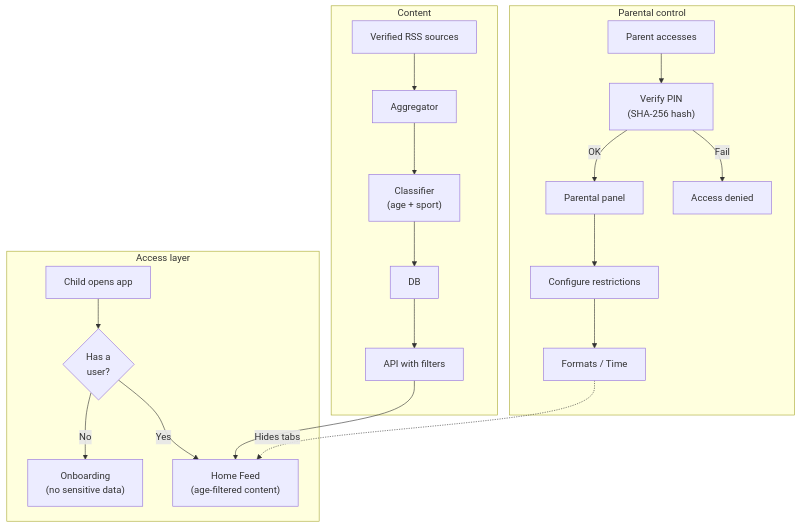
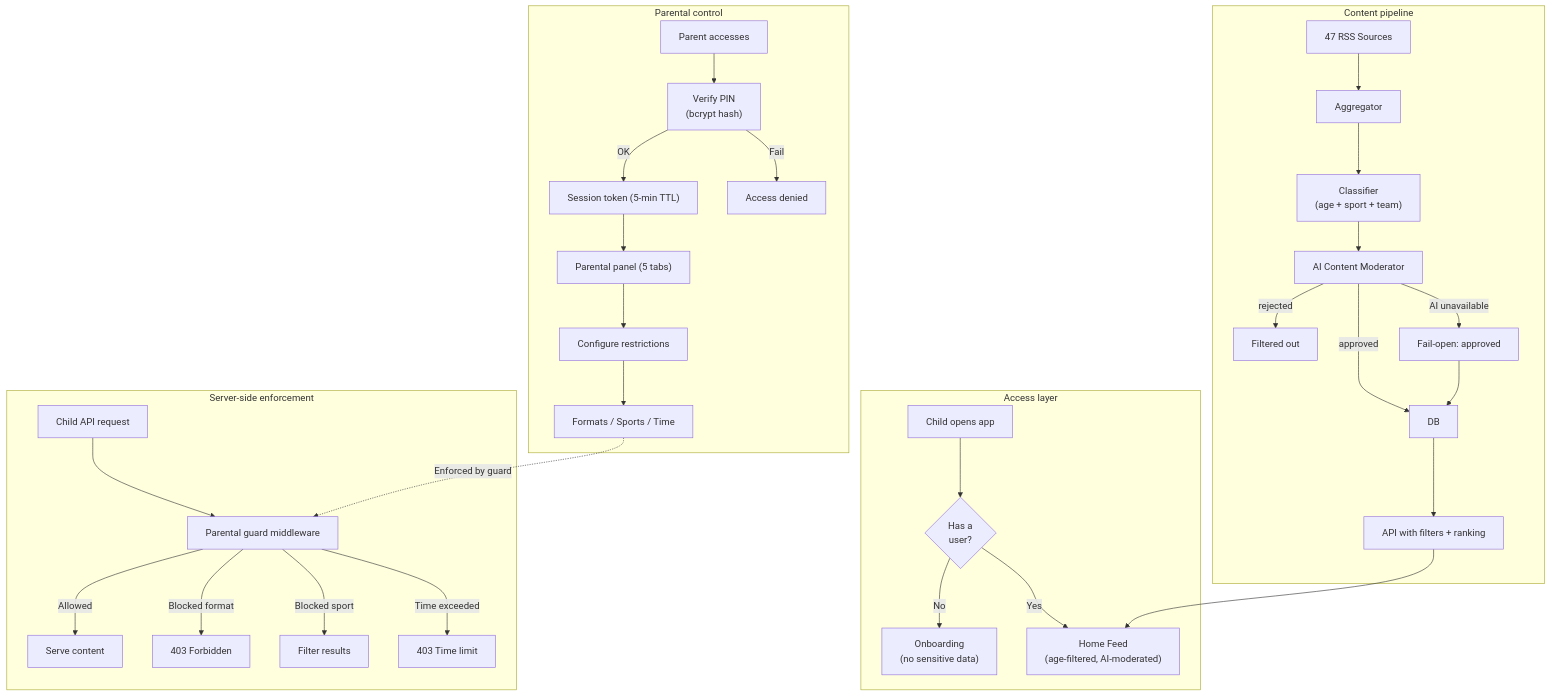
Before and after one commit to durdy48/SportyKids: the diagram in docs/en/09-security-and-privacy.md, drawn with Mermaid. The commit also changed other lines of this file and 22 other files, not shown here.

````diff
--- a/docs/en/09-security-and-privacy.md
+++ b/docs/en/09-security-and-privacy.md
@@ -65,26 +56,39 @@
 ```mermaid
 flowchart TD
     subgraph "Access layer"
         A["Child opens app"] --> B{"Has a<br/>user?"}
         B -->|No| C["Onboarding<br/>(no sensitive data)"]
-        B -->|Yes| D["Home Feed<br/>(age-filtered content)"]
+        B -->|Yes| D["Home Feed<br/>(age-filtered, AI-moderated)"]
     end
 
     subgraph "Parental control"
-        E["Parent accesses"] --> F["Verify PIN<br/>(SHA-256 hash)"]
-        F -->|OK| G["Parental panel"]
-        F -->|Fail| H["Access denied"]
-        G --> I["Configure restrictions"]
-        I --> J["Formats / Time"]
+        E["Parent accesses"] --> F["Verify PIN<br/>(bcrypt hash)"]
+        F -->|OK| G["Session token (5-min TTL)"]
+        G --> H["Parental panel (5 tabs)"]
+        F -->|Fail| I["Access denied"]
+        H --> J["Configure restrictions"]
+        J --> K["Formats / Sports / Time"]
     end
 
-    subgraph "Content"
-        K["Verified RSS sources"] --> L["Aggregator"]
-        L --> M["Classifier<br/>(age + sport)"]
-        M --> N["DB"]
-        N --> O["API with filters"]
-        O --> D
+    subgraph "Server-side enforcement"
+        L["Child API request"] --> M["Parental guard middleware"]
+        M -->|Allowed| N["Serve content"]
+        M -->|Blocked format| O["403 Forbidden"]
+        M -->|Blocked sport| P["Filter results"]
+        M -->|Time exceeded| Q["403 Time limit"]
     end
 
-    J -.->|"Hides tabs"| D
+    subgraph "Content pipeline"
+        R["47 RSS Sources"] --> S["Aggregator"]
+        S --> T["Classifier<br/>(age + sport + team)"]
+        T --> U["AI Content Moderator"]
+        U -->|approved| V["DB"]
+        U -->|rejected| W["Filtered out"]
+        U -->|AI unavailable| X["Fail-open: approved"]
+        X --> V
+        V --> Y["API with filters + ranking"]
+        Y --> D
+    end
+
+    K -.->|"Enforced by guard"| M
 ```
````
